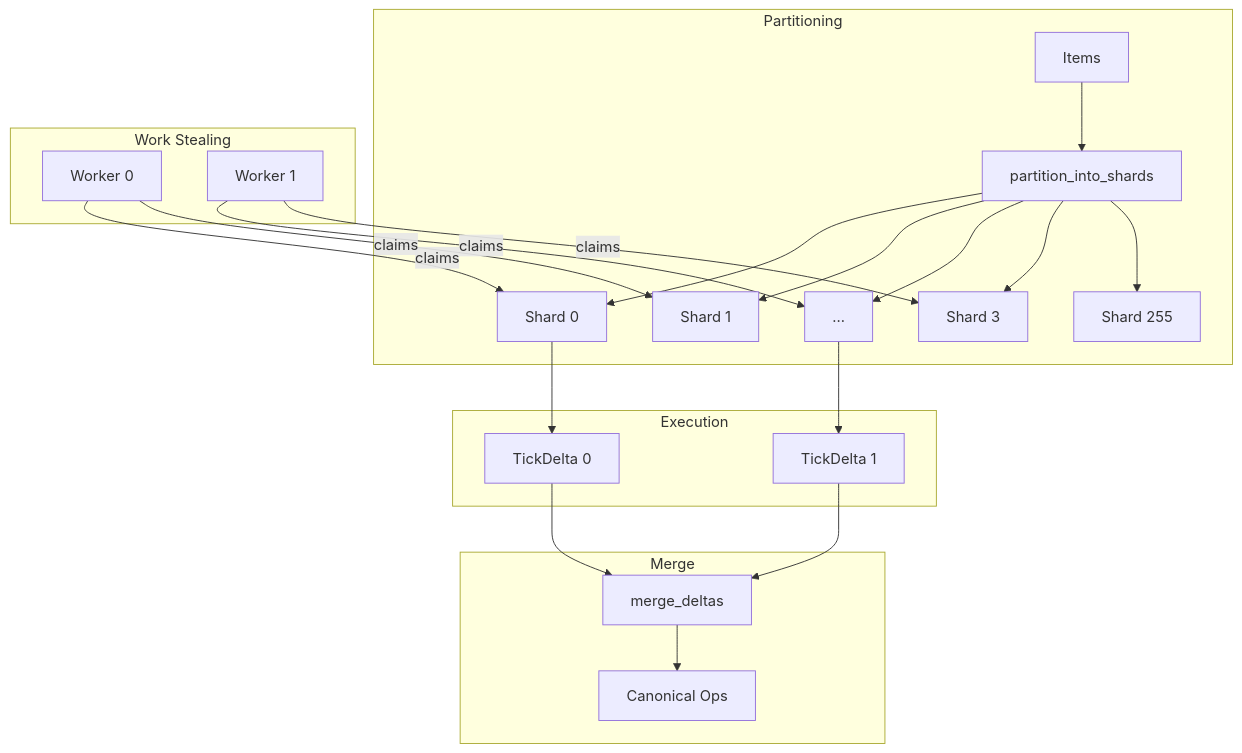
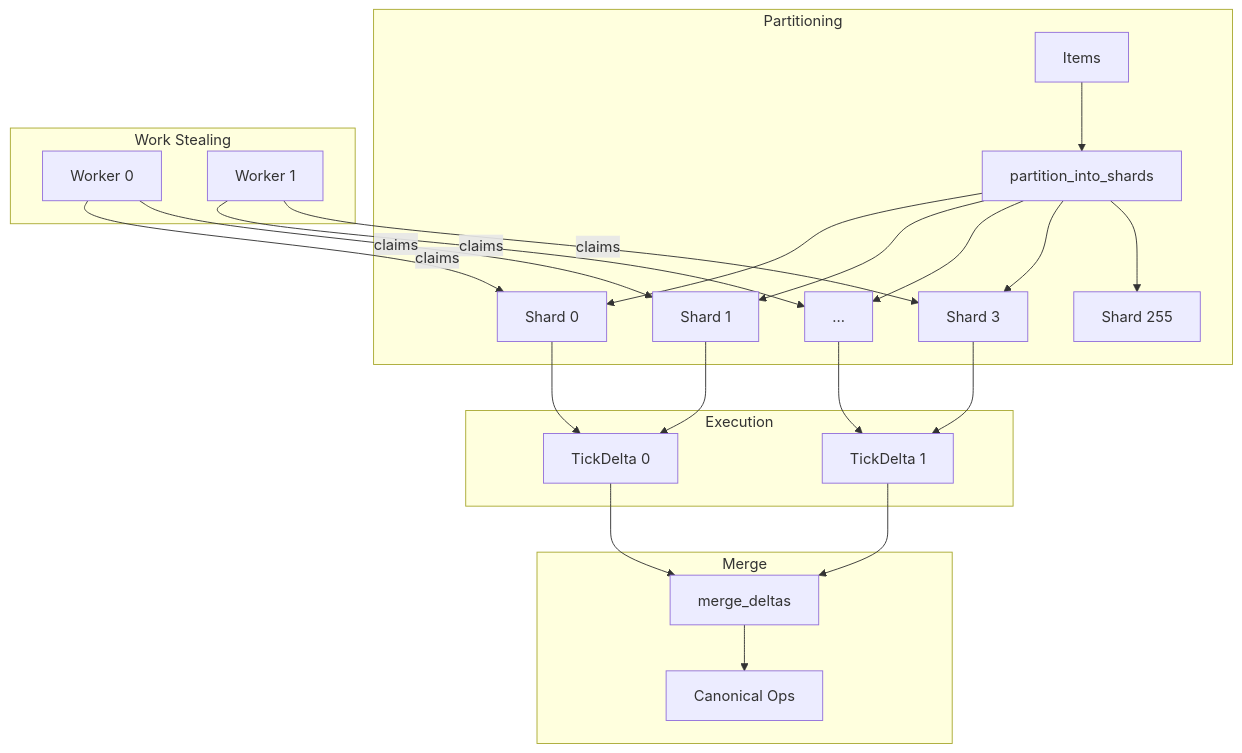
The diagram in docs/study/diagrams/tour-10.mmd (flyingrobots/echo), drawn with Mermaid before and after one commit. The commit also changed 15 other files, not shown here.

```diff
--- a/docs/study/diagrams/tour-10.mmd
+++ b/docs/study/diagrams/tour-10.mmd
@@ -1,27 +1,29 @@
 flowchart TD
     subgraph "Partitioning"
         I[Items] --> P[partition_into_shards]
         P --> S0[Shard 0]
         P --> S1[Shard 1]
         P --> S2[...]
         P --> S3[Shard 3]
         P --> S255[Shard 255]
     end
 
     subgraph "Work Stealing"
         W0[Worker 0] -->|claims| S0
         W0 -->|claims| S1
         W1[Worker 1] -->|claims| S2
         W1 -->|claims| S3
     end
 
     subgraph "Execution"
         S0 --> D0[TickDelta 0]
+        S1 --> D0
         S2 --> D1[TickDelta 1]
+        S3 --> D1
     end
 
     subgraph "Merge"
         D0 --> M[merge_deltas]
         D1 --> M
         M --> O[Canonical Ops]
     end
```
